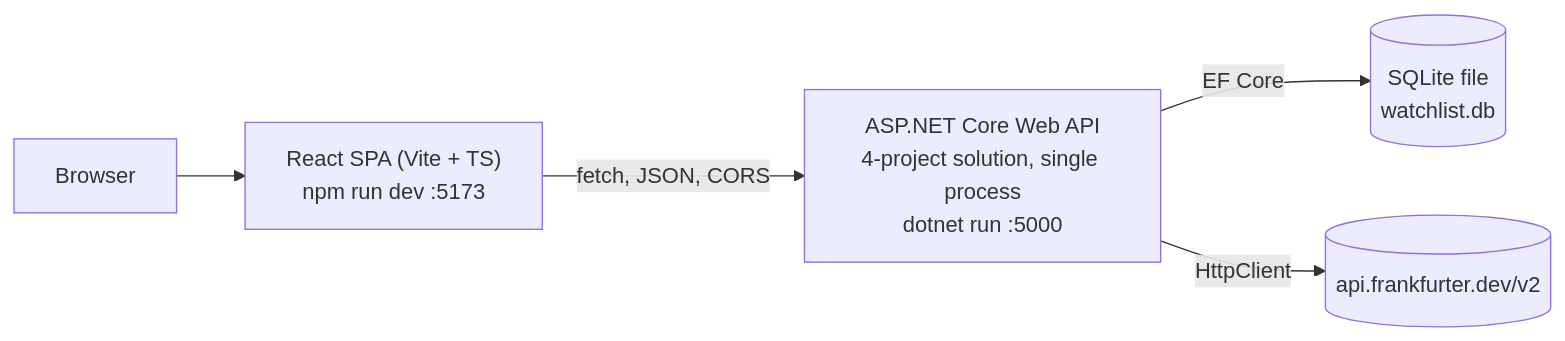
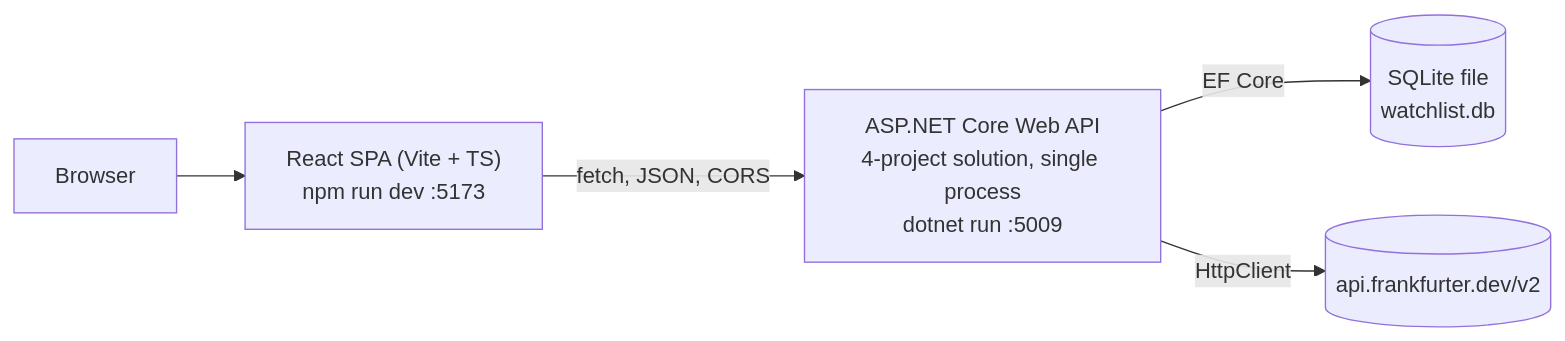
One commit to tarunguddeti/ratewatch changed diagram 18 of 19 in docs/architecture.md. Above: the diagram before and after it, drawn with Mermaid. The commit also changed other lines of this file and 10 other files, not shown here.

````diff
--- a/docs/architecture.md
+++ b/docs/architecture.md
@@ -893,13 +893,13 @@
 ```mermaid
 graph LR
   Browser["Browser"]
   SPA["React SPA (Vite + TS)\nnpm run dev :5173"]
-  API["ASP.NET Core Web API\n4-project solution, single process\ndotnet run :5000"]
+  API["ASP.NET Core Web API\n4-project solution, single process\ndotnet run :5009"]
   DB[("SQLite file\nwatchlist.db")]
   EXT[("api.frankfurter.dev/v2")]
 
   Browser --> SPA
   SPA -->|"fetch, JSON, CORS"| API
   API -->|"EF Core"| DB
   API -->|"HttpClient"| EXT
 ```
````
